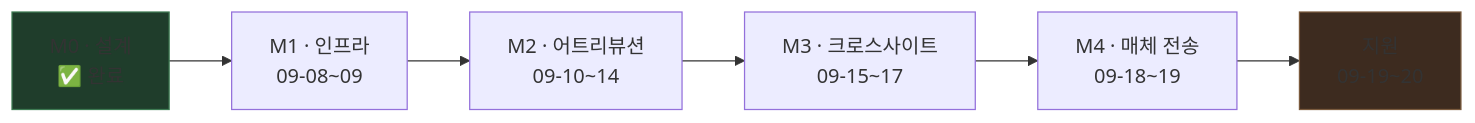
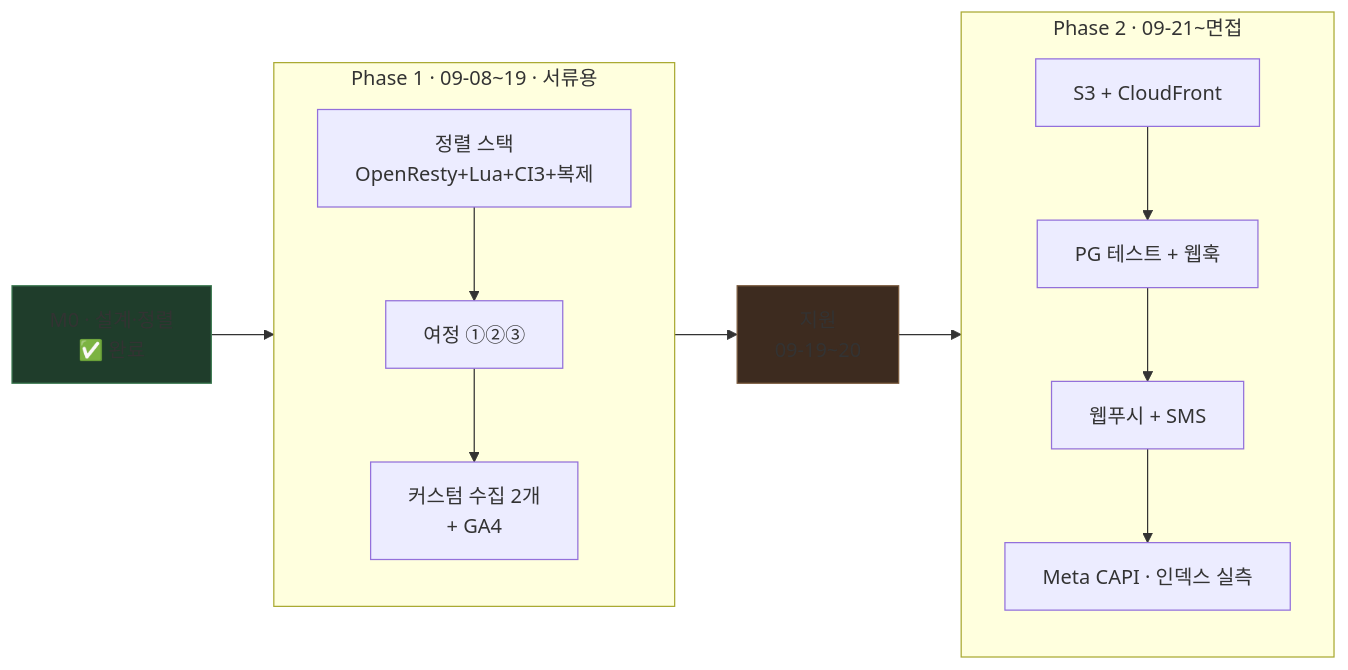
Before and after one commit to http1220/touchpoint: the fifth of 8 diagrams in docs/roadmap.md, drawn with Mermaid. The commit also changed other lines of this file and 4 other files, not shown here.

````diff
--- a/docs/roadmap.md
+++ b/docs/roadmap.md
@@ -212,10 +224,14 @@
 ```mermaid
 flowchart LR
-    M0["M0 · 설계<br/>✅ 완료"] --> M1["M1 · 인프라<br/>09-08~09"]
-    M1 --> M2["M2 · 어트리뷰션<br/>09-10~14"]
-    M2 --> M3["M3 · 크로스사이트<br/>09-15~17"]
-    M3 --> M4["M4 · 매체 전송<br/>09-18~19"]
-    M4 --> APPLY["지원<br/>09-19~20"]
+    M0["M0 · 설계·정렬<br/>✅ 완료"] --> P1
+    subgraph P1["Phase 1 · 09-08~19 · 서류용"]
+        A["정렬 스택<br/>OpenResty+Lua+CI3+복제"] --> B["여정 ①②③"] --> C["커스텀 수집 2개<br/>+ GA4"]
+    end
+    P1 --> APPLY["지원<br/>09-19~20"]
+    APPLY --> P2
+    subgraph P2["Phase 2 · 09-21~면접"]
+        D["S3 + CloudFront"] --> E["PG 테스트 + 웹훅"] --> F["웹푸시 + SMS"] --> G["Meta CAPI · 인덱스 실측"]
+    end
     style M0 fill:#1f3d2b,stroke:#3d7a52
     style APPLY fill:#3d2b1f,stroke:#7a5a3d
 ```
````
